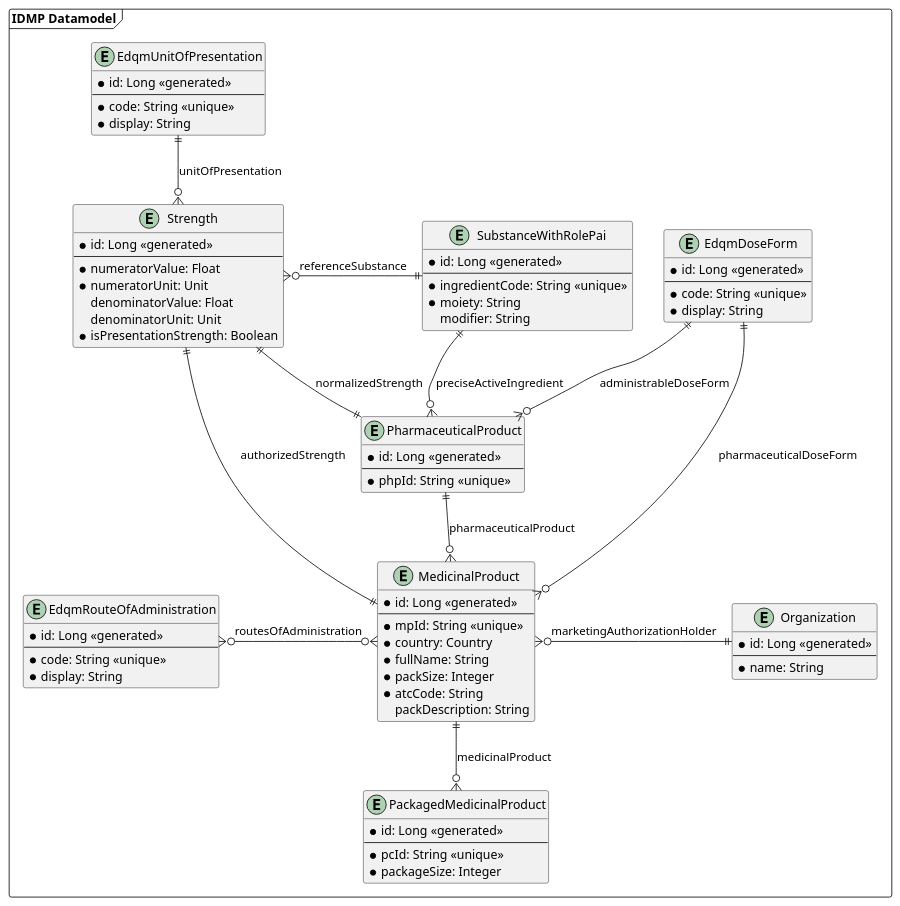
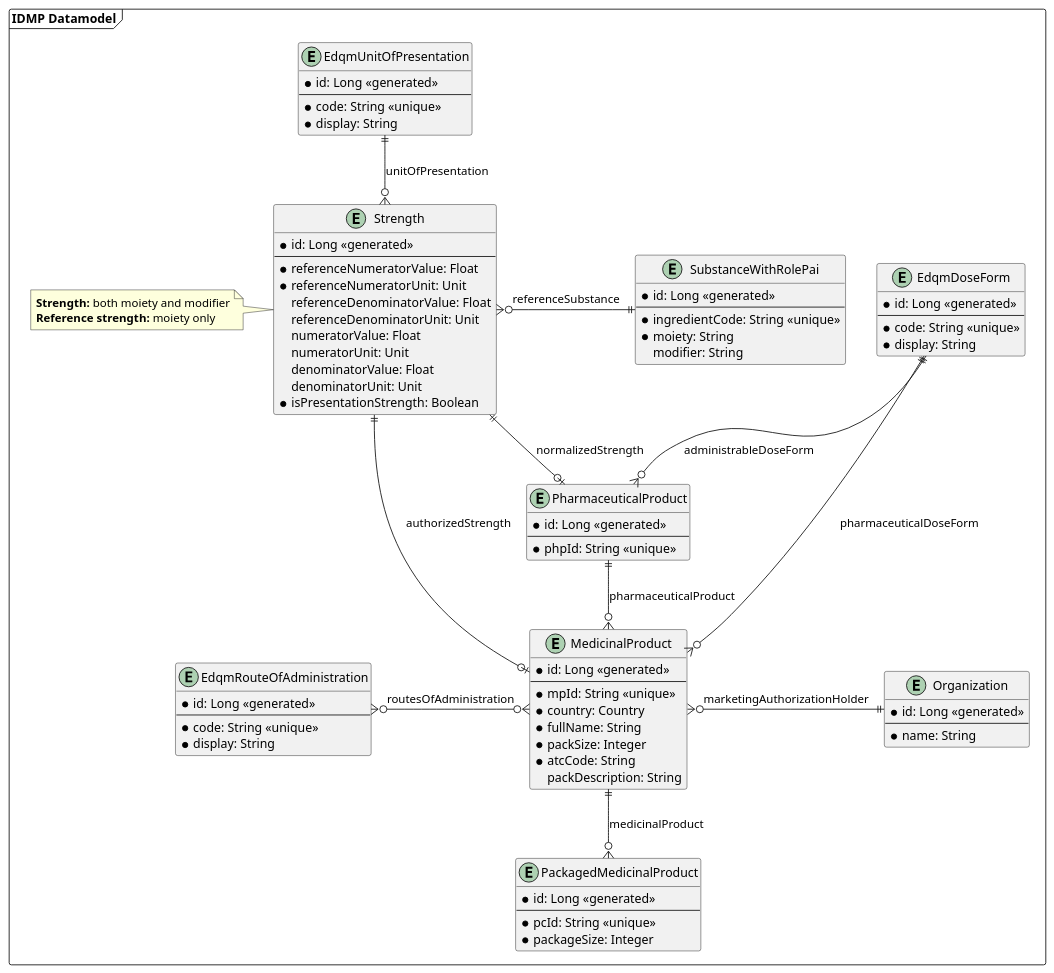
The diagram in uml/class/datamodel.puml (unicom-project-eu/wp6-db-api), drawn with PlantUML before and after one commit. The commit also changed 4 other files, not shown here.

Commit message:
Modified datamodel to take difference between strength and reference strength into account

```diff
--- a/uml/class/datamodel.puml
+++ b/uml/class/datamodel.puml
@@ -1,92 +1,100 @@
 @startuml
 'https://plantuml.com/class-diagram
 
 package "IDMP Datamodel" as idmpDatamodel <<frame>> {
     entity EdqmRouteOfAdministration {
         * id: Long <<generated>>
         --
         * code: String <<unique>>
         * display: String
     }
 
     entity EdqmUnitOfPresentation {
         * id: Long <<generated>>
         --
         * code: String <<unique>>
         * display: String
     }
 
     together {
         entity EdqmDoseForm {
             * id: Long <<generated>>
             --
             * code: String <<unique>>
             * display: String
         }
 
         entity Strength {
             * id: Long <<generated>>
             --
-            * numeratorValue: Float
-            * numeratorUnit: Unit
+            * referenceNumeratorValue: Float
+            * referenceNumeratorUnit: Unit
+            referenceDenominatorValue: Float
+            referenceDenominatorUnit: Unit
+            numeratorValue: Float
+            numeratorUnit: Unit
             denominatorValue: Float
             denominatorUnit: Unit
             * isPresentationStrength: Boolean
         }
 
         entity SubstanceWithRolePai {
             * id: Long <<generated>>
             --
             * ingredientCode: String <<unique>>
             * moiety: String
             modifier: String
         }
+
+        note left of Strength {
+                    **Strength:** both moiety and modifier
+                    **Reference strength:** moiety only
+                }
     }
 
     entity PharmaceuticalProduct {
         * id: Long <<generated>>
         --
         * phpId: String <<unique>>
     }
 
     entity MedicinalProduct {
         * id: Long <<generated>>
         --
         * mpId: String <<unique>>
         * country: Country
         * fullName: String
         * packSize: Integer
         * atcCode: String
         packDescription: String
     }
 
     entity PackagedMedicinalProduct {
         * id: Long <<generated>>
         --
         * pcId: String <<unique>>
         * packageSize: Integer
     }
 
     entity Organization {
         * id: Long <<generated>>
         --
         * name: String
     }
 
-    SubstanceWithRolePai ||------o{ PharmaceuticalProduct : preciseActiveIngredient
     EdqmDoseForm ||--o{ PharmaceuticalProduct : administrableDoseForm
-    Strength ||--|| PharmaceuticalProduct : normalizedStrength
+    Strength ||--o| PharmaceuticalProduct : normalizedStrength
 
     PharmaceuticalProduct ||--o{ MedicinalProduct : pharmaceuticalProduct
 
     MedicinalProduct ||--o{ PackagedMedicinalProduct : medicinalProduct
     MedicinalProduct }o--|| EdqmDoseForm : pharmaceuticalDoseForm
-    MedicinalProduct ||--|| Strength : authorizedStrength
+    MedicinalProduct |o--|| Strength : authorizedStrength
     EdqmRouteOfAdministration }o-o{ MedicinalProduct : routesOfAdministration
     EdqmUnitOfPresentation ||--o{ Strength: unitOfPresentation
 
     MedicinalProduct }o-|| Organization : marketingAuthorizationHolder
 
     Strength }o-|| SubstanceWithRolePai : referenceSubstance
 }
 @enduml
```
